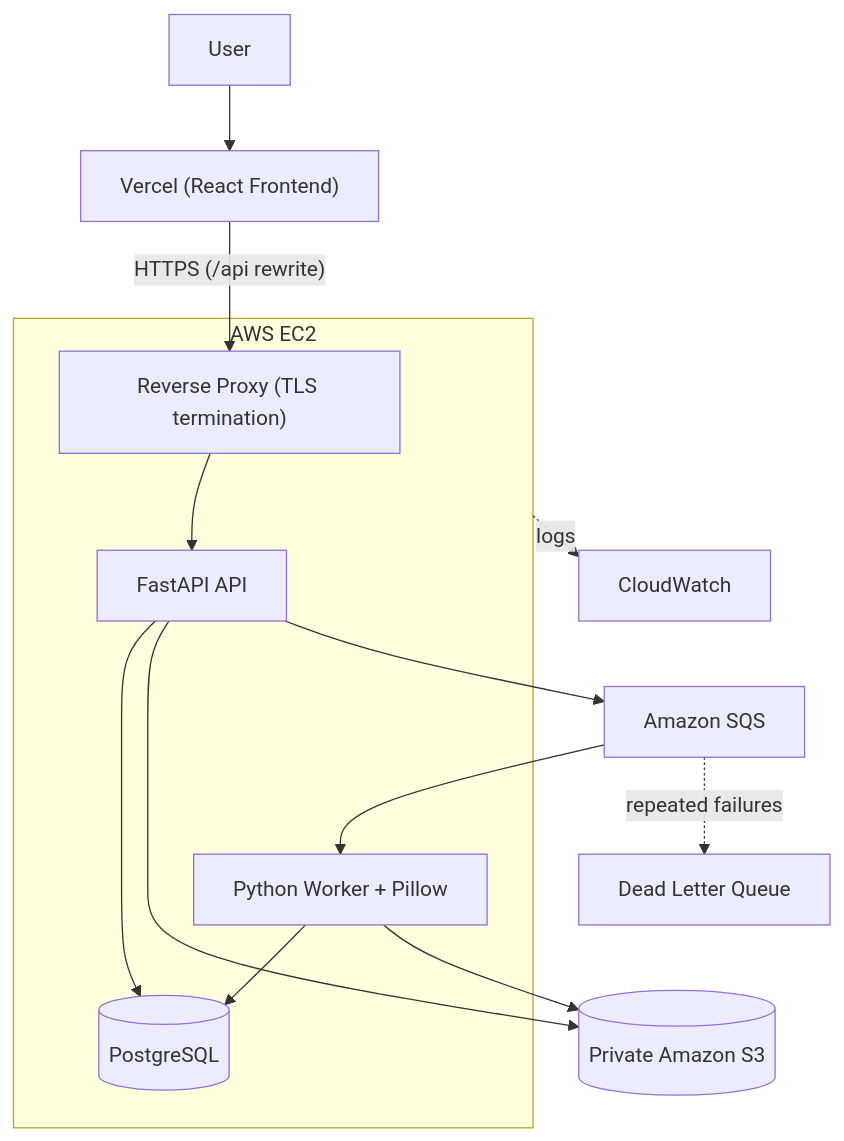
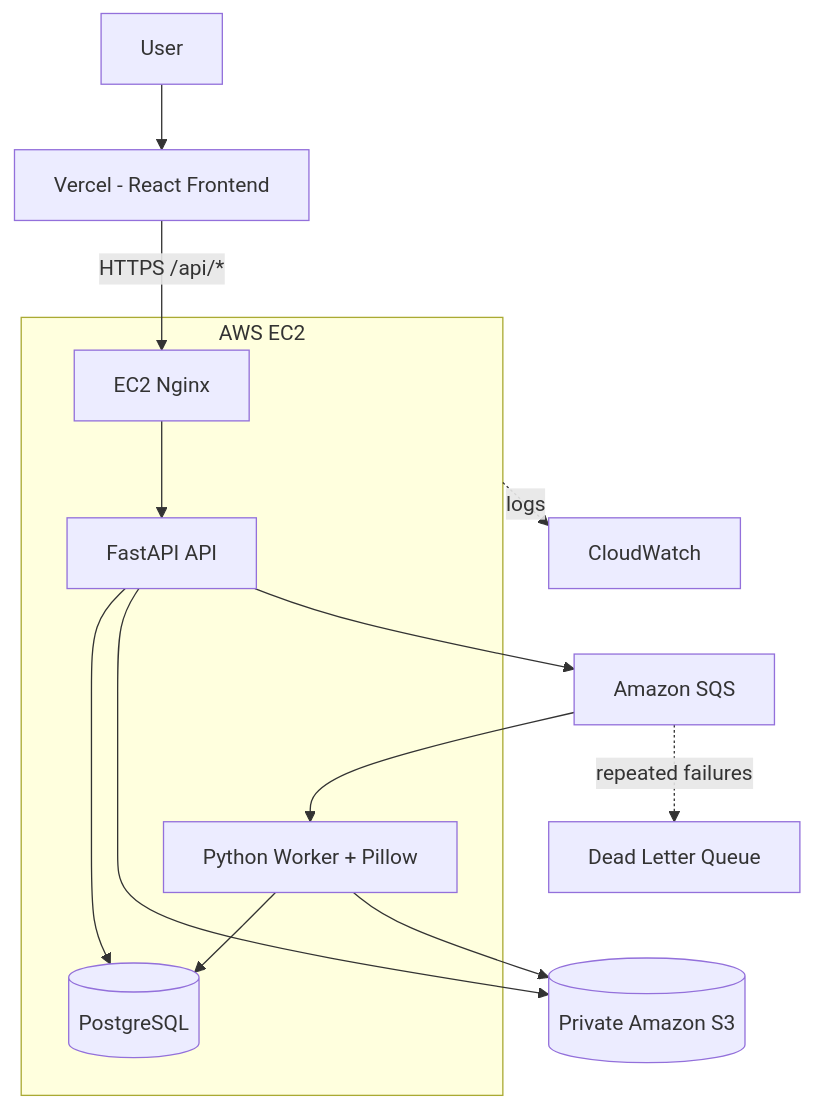
The diagram in README.md (manishkrmahato/CloudFlow), drawn with Mermaid before and after one commit. The commit also changed other lines of this file, not shown here.

````diff
--- a/README.md
+++ b/README.md
@@ -158,23 +158,23 @@
 ```mermaid
 flowchart TB
 
-    U[User] --> V["Vercel (React Frontend)"]
-
-    V -->|"HTTPS (/api rewrite)"| P["Reverse Proxy (TLS termination)"]
+    U[User] --> V["Vercel - React Frontend"]
 
     subgraph EC2["AWS EC2"]
-        P --> A[FastAPI API]
+        N["EC2 Nginx"] --> A["FastAPI API"]
         A --> DB[(PostgreSQL)]
         W["Python Worker + Pillow"] --> DB
     end
+
+    V -->|"HTTPS /api/*"| N
 
     A --> S3[(Private Amazon S3)]
     A --> Q[Amazon SQS]
 
     Q --> W
     W --> S3
 
     Q -. repeated failures .-> DLQ[Dead Letter Queue]
 
     EC2 -. logs .-> CW[CloudWatch]
 ```
````
